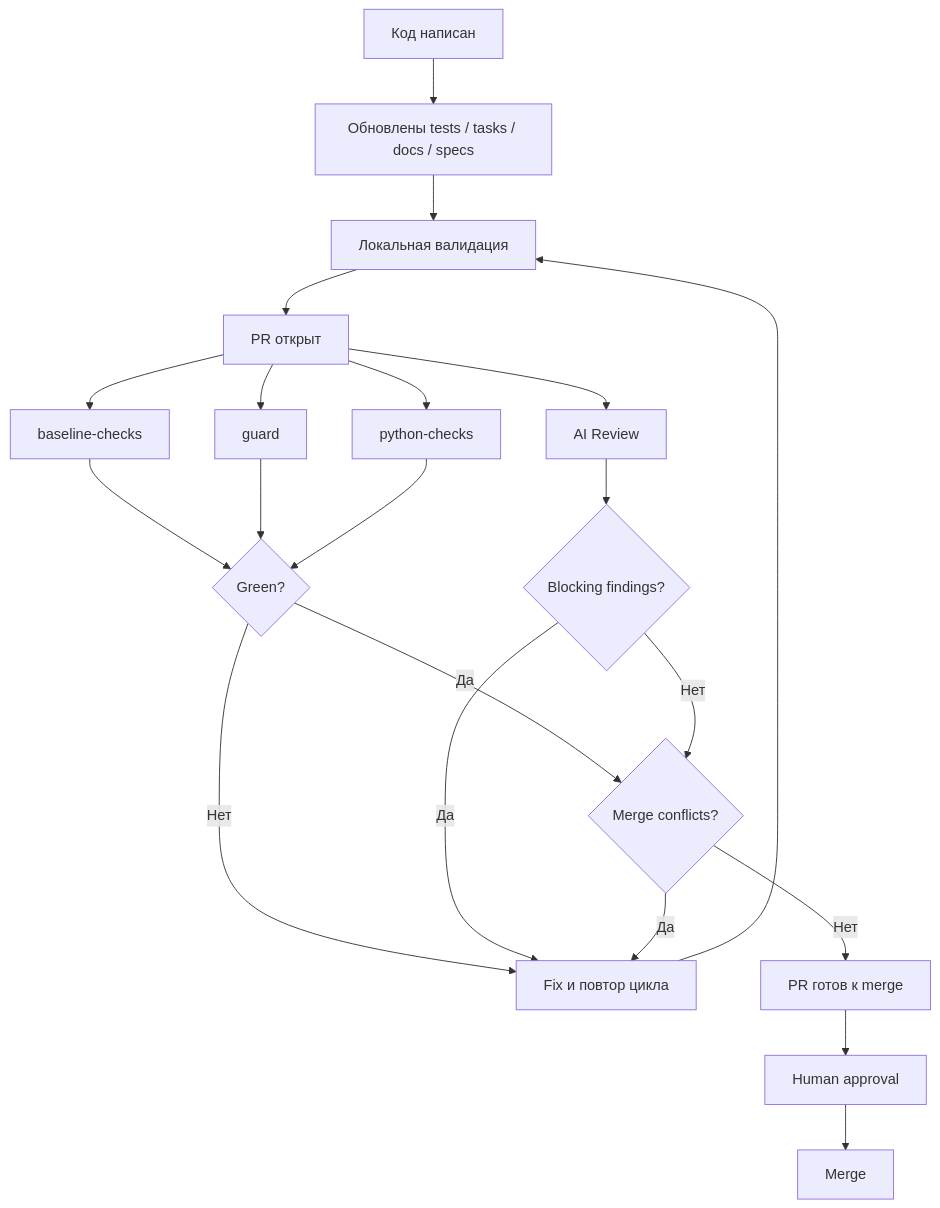
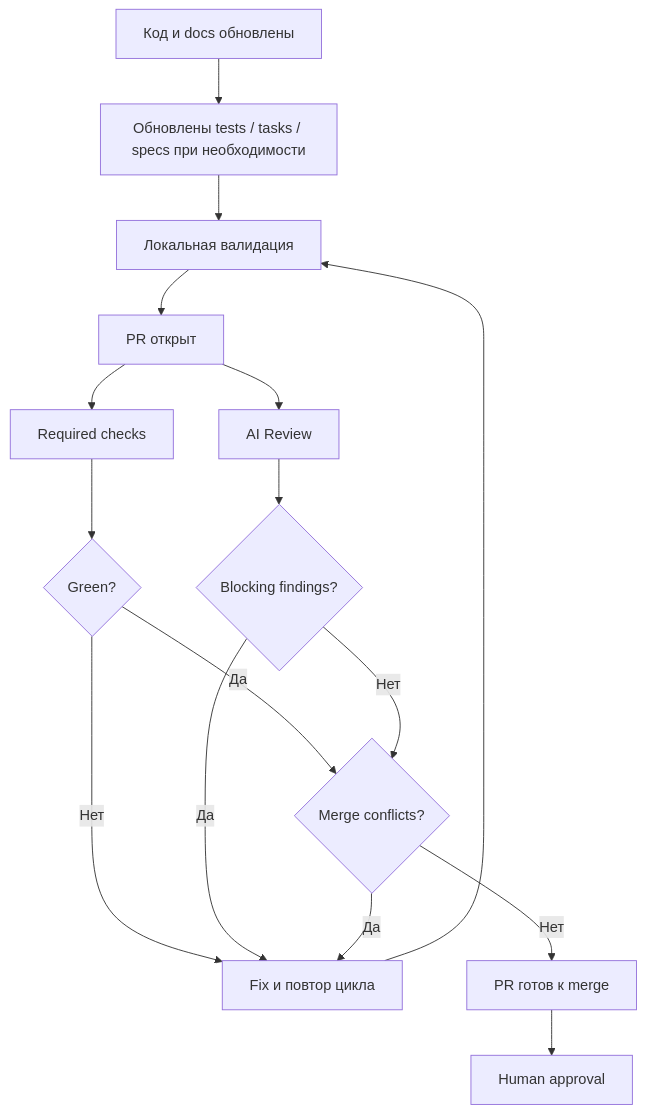
Before and after one commit to TeodorArg/flatscanner-demo: the third of 3 diagrams in DELIVERY_FLOW_RU.md, drawn with Mermaid. The commit also changed other lines of this file and 18 other files, not shown here.

````diff
--- a/DELIVERY_FLOW_RU.md
+++ b/DELIVERY_FLOW_RU.md
@@ -226,23 +142,18 @@
 ```mermaid
 flowchart TD
-    A["Код написан"] --> B["Обновлены tests / tasks / docs / specs"]
+    A["Код и docs обновлены"] --> B["Обновлены tests / tasks / specs при необходимости"]
     B --> C["Локальная валидация"]
     C --> D["PR открыт"]
-    D --> E["baseline-checks"]
-    D --> F["guard"]
-    D --> G["python-checks"]
-    D --> H["AI Review"]
-    E --> I{"Green?"}
-    F --> I
-    G --> I
-    H --> J{"Blocking findings?"}
-    I -- "Нет" --> K["Fix и повтор цикла"]
-    J -- "Да" --> K
-    K --> C
-    I -- "Да" --> L{"Merge conflicts?"}
-    J -- "Нет" --> L
-    L -- "Да" --> K
-    L -- "Нет" --> M["PR готов к merge"]
-    M --> N["Human approval"]
-    N --> O["Merge"]
+    D --> E["Required checks"]
+    D --> F["AI Review"]
+    E --> G{"Green?"}
+    F --> H{"Blocking findings?"}
+    G -- "Нет" --> I["Fix и повтор цикла"]
+    H -- "Да" --> I
+    I --> C
+    G -- "Да" --> J{"Merge conflicts?"}
+    H -- "Нет" --> J
+    J -- "Да" --> I
+    J -- "Нет" --> K["PR готов к merge"]
+    K --> L["Human approval"]
 ```
````
